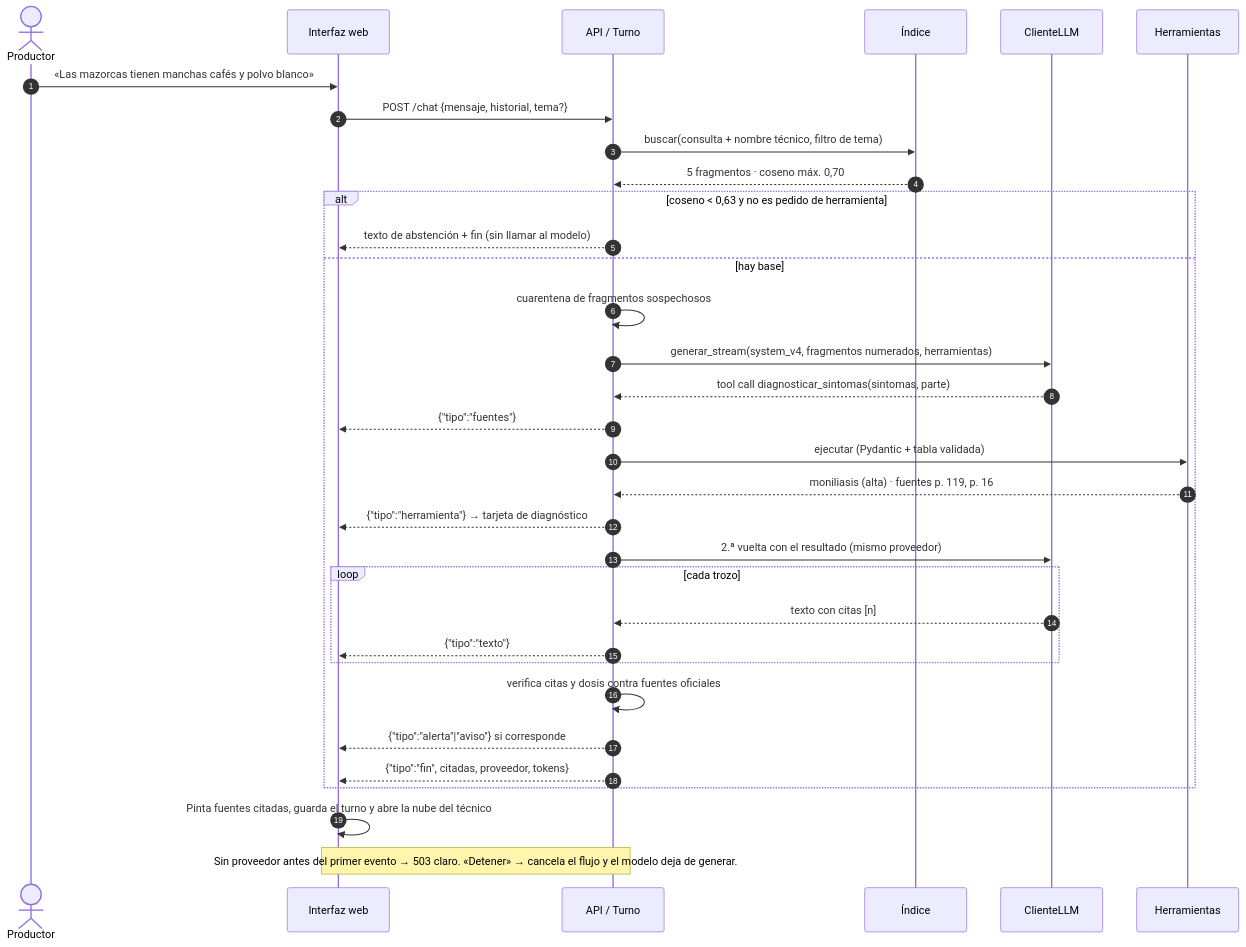
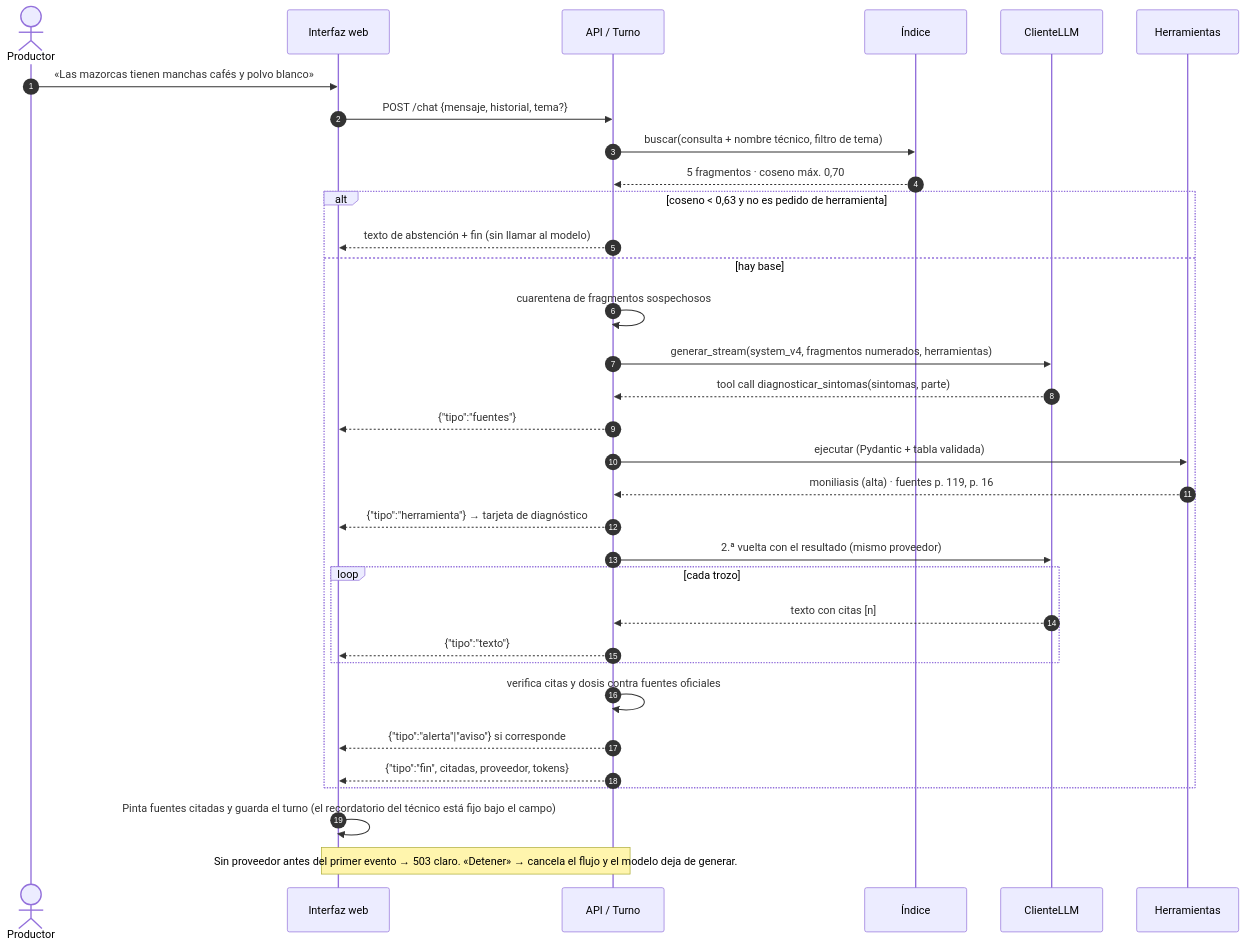
Before and after one commit to AokingDev/Asistente_Productores_Cacao: the fourth of 4 diagrams in docs/03-arquitectura.md, drawn with Mermaid. The commit also changed 1 other file, not shown here.

Commit message:
fix: actualizar la lógica de recordatorio del técnico en la interfaz y ajustar visualización en el frontend

````diff
--- a/docs/03-arquitectura.md
+++ b/docs/03-arquitectura.md
@@ -107,36 +107,36 @@
 ```mermaid
 sequenceDiagram
     autonumber
     actor P as Productor
     participant W as Interfaz web
     participant A as API / Turno
     participant I as Índice
     participant L as ClienteLLM
     participant H as Herramientas
 
     P->>W: «Las mazorcas tienen manchas cafés y polvo blanco»
     W->>A: POST /chat {mensaje, historial, tema?}
     A->>I: buscar(consulta + nombre técnico, filtro de tema)
     I-->>A: 5 fragmentos · coseno máx. 0,70
     alt coseno < 0,63 y no es pedido de herramienta
         A-->>W: texto de abstención + fin (sin llamar al modelo)
     else hay base
         A->>A: cuarentena de fragmentos sospechosos
         A->>L: generar_stream(system_v4, fragmentos numerados, herramientas)
         L-->>A: tool call diagnosticar_sintomas(sintomas, parte)
         A-->>W: {"tipo":"fuentes"} 
         A->>H: ejecutar (Pydantic + tabla validada)
         H-->>A: moniliasis (alta) · fuentes p. 119, p. 16
         A-->>W: {"tipo":"herramienta"} → tarjeta de diagnóstico
         A->>L: 2.ª vuelta con el resultado (mismo proveedor)
         loop cada trozo
             L-->>A: texto con citas [n]
             A-->>W: {"tipo":"texto"}
         end
         A->>A: verifica citas y dosis contra fuentes oficiales
         A-->>W: {"tipo":"alerta"|"aviso"} si corresponde
         A-->>W: {"tipo":"fin", citadas, proveedor, tokens}
     end
-    W->>W: Pinta fuentes citadas, guarda el turno y abre la nube del técnico
+    W->>W: Pinta fuentes citadas y guarda el turno (el recordatorio del técnico está fijo bajo el campo)
     Note over A,W: Sin proveedor antes del primer evento → 503 claro. «Detener» → cancela el flujo y el modelo deja de generar.
 ```
````
